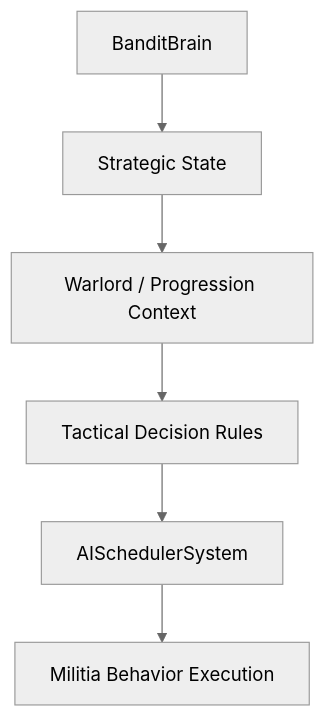
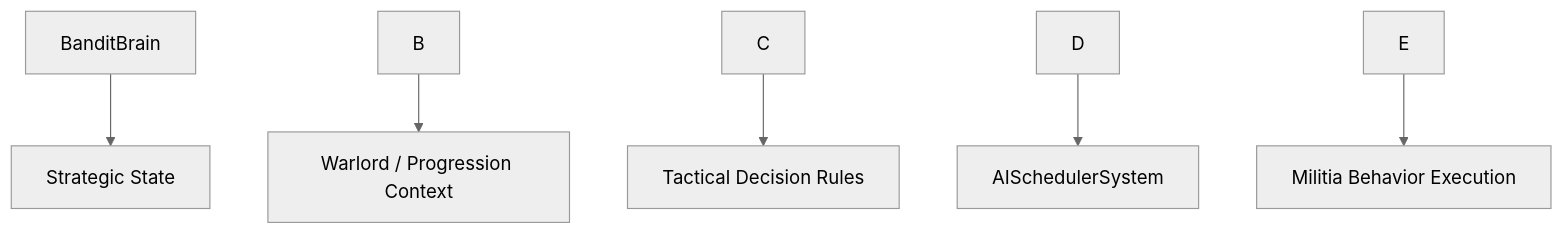
The third of 5 diagrams in src/BanditMilitias/Documentation/SystemFlowTree.md (MrNghtoveng/bannerlord-BanditMilitias-WARLORD-mod), drawn with Mermaid (neutral theme) before and after one commit. The commit also changed other lines of this file and 44 other files, not shown here.

````diff
--- a/src/BanditMilitias/Documentation/SystemFlowTree.md
+++ b/src/BanditMilitias/Documentation/SystemFlowTree.md
@@ -36,8 +58,8 @@
 ```mermaid
 graph TD
-    A[BanditBrain] --> B[Strategic State]
-    B --> C[Warlord / Progression Context]
-    C --> D[Tactical Decision Rules]
-    D --> E[AISchedulerSystem]
-    E --> F[Militia Behavior Execution]
+    A\[BanditBrain] --> B\[Strategic State]
+    B --> C\[Warlord / Progression Context]
+    C --> D\[Tactical Decision Rules]
+    D --> E\[AISchedulerSystem]
+    E --> F\[Militia Behavior Execution]
 ```
````
